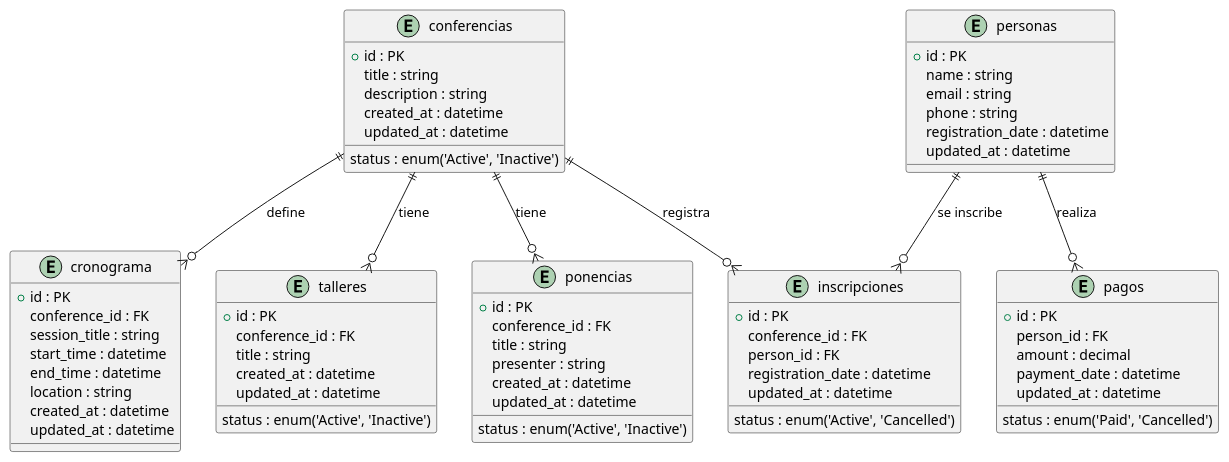
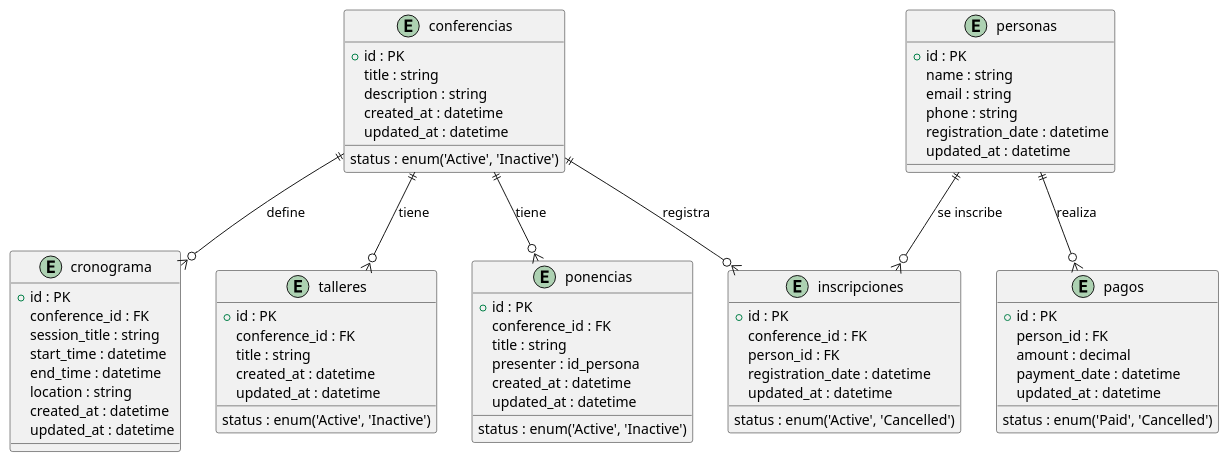
Before and after one commit to giovanni-pe/proyecto_mfa_diseno_de_software: the first of 3 diagrams in diagrama_db.pu, drawn with PlantUML. The commit also changed other lines of this file and 2 other files, not shown here.

Commit message:
diagrama DB

```diff
--- a/diagrama_db.pu
+++ b/diagrama_db.pu
@@ -1,77 +1,77 @@
 @startuml
 
 entity conferencias {
     +id : PK
     title : string
     description : string
     status : enum('Active', 'Inactive')
     created_at : datetime
     updated_at : datetime
 }
 
 entity inscripciones {
     +id : PK
     conference_id : FK
     person_id : FK
     status : enum('Active', 'Cancelled')
     registration_date : datetime
     updated_at : datetime
 }
 
 entity ponencias {
     +id : PK
     conference_id : FK
     title : string
-    presenter : string
+    presenter : id_persona
     status : enum('Active', 'Inactive')
     created_at : datetime
     updated_at : datetime
 }
 
 entity cronograma {
     +id : PK
     conference_id : FK
     session_title : string
     start_time : datetime
     end_time : datetime
     location : string
     created_at : datetime
     updated_at : datetime
 }
 
 entity talleres {
     +id : PK
     conference_id : FK
     title : string
     status : enum('Active', 'Inactive')
     created_at : datetime
     updated_at : datetime
 }
 
 entity pagos {
     +id : PK
     person_id : FK
     amount : decimal
     status : enum('Paid', 'Cancelled')
     payment_date : datetime
     updated_at : datetime
 }
 
 entity personas {
     +id : PK
     name : string
     email : string
     phone : string
     registration_date : datetime
     updated_at : datetime
 }
 
 ' Relaciones entre las entidades
 conferencias ||--o{ ponencias : "tiene"
 conferencias ||--o{ talleres : "tiene"
 conferencias ||--o{ inscripciones : "registra"
 conferencias ||--o{ cronograma : "define"
 personas ||--o{ inscripciones : "se inscribe"
 personas ||--o{ pagos : "realiza"
 
 @enduml
```
